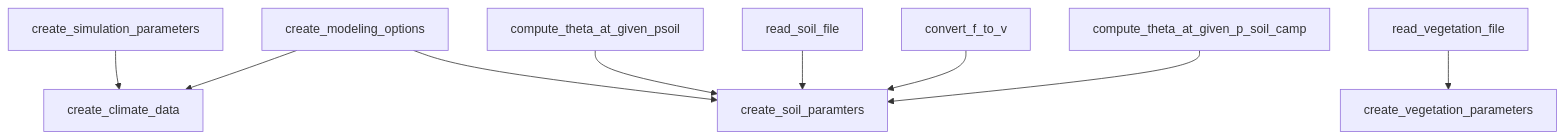
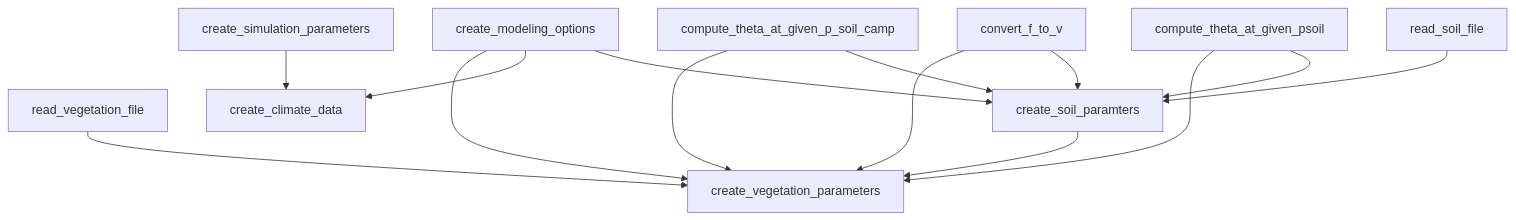
One commit to ecamo19/sureau_ecos_py changed the diagram in README.md. Above: the diagram before and after it, drawn with Mermaid. The commit also changed 1 other file, not shown here.

Commit message:
README updated

````diff
--- a/README.md
+++ b/README.md
@@ -19,28 +19,36 @@
 ``` mermaid
     %%{init:{'themeVariables': {'primaryBorderColor': '#00758f'}}}%%
     flowchart TD;
+
+        compute_theta_at_given_p_soil_camp-->create_vegetation_parameters;
+        create_modeling_options-->create_vegetation_parameters;
+        convert_f_to_v-->create_vegetation_parameters;
+        read_vegetation_file-->create_vegetation_parameters;
+
+        compute_theta_at_given_psoil-->create_vegetation_parameters;
+        create_soil_paramters-->create_vegetation_parameters;
+
 
         create_simulation_parameters-->create_climate_data;
         create_modeling_options-->create_climate_data;
 
         create_modeling_options-->create_soil_paramters;
-        compute_theta_at_given_psoil-->create_soil_paramters;
+        compute_theta_at_given_p_soil_camp-->create_soil_paramters;
         read_soil_file-->create_soil_paramters;
         convert_f_to_v-->create_soil_paramters;
-        compute_theta_at_given_p_soil_camp-->create_soil_paramters;
+        compute_theta_at_given_psoil-->create_soil_paramters;
 
-        read_vegetation_file-->create_vegetation_parameters;
-
+        
 
         %% Blue color boxes -----------------------------------------------------
 
         %%style create_climate_data fill:#00758f
         %%style create_modeling_options fill:#00758f
         %%style create_simulation_parameters fill:#00758f, lineColor:#00758f
         %%style create_soil_paramters fill:#00758f
 
 
         %% Red color boxes ------------------------------------------------------
         %%style compute_theta_at_given_psoil fill:#880808
 
 ```
````
